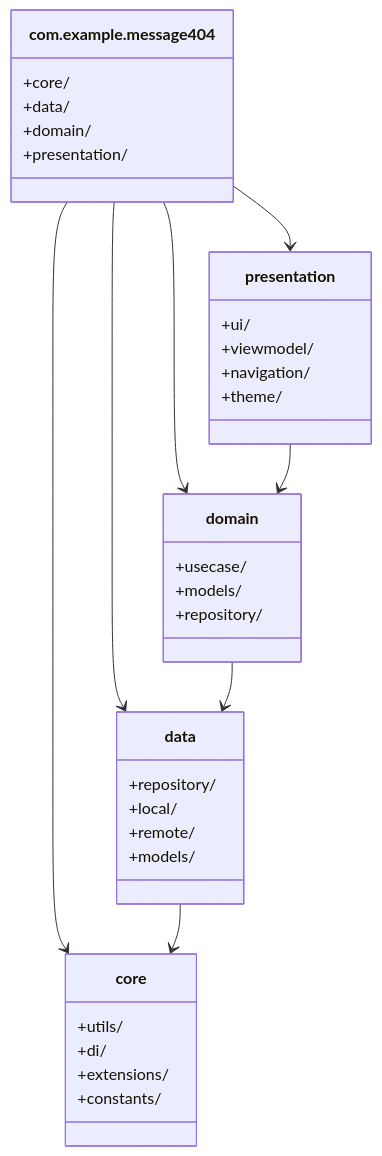
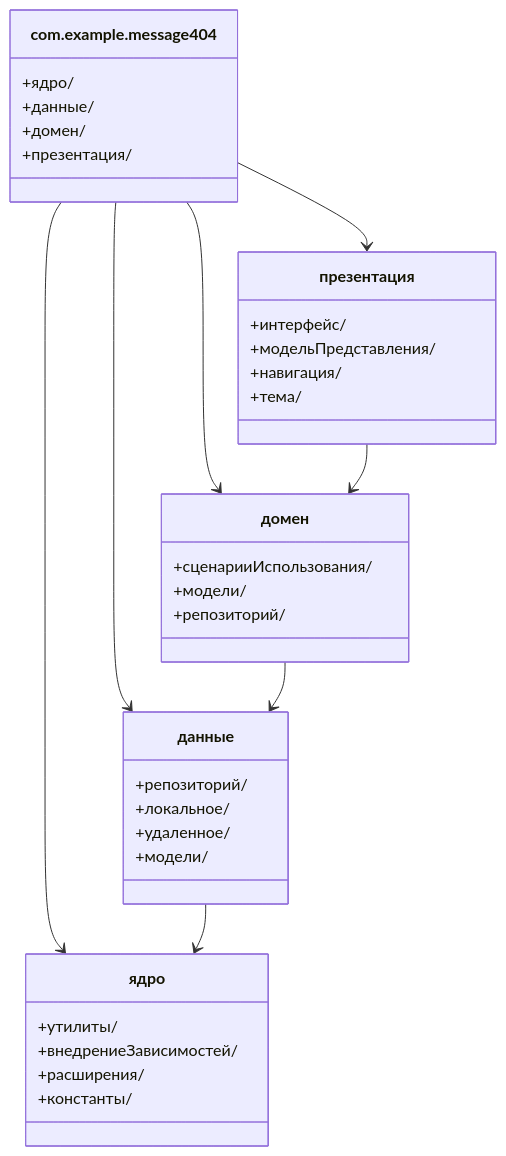
Before and after one commit to Angel-Energy/diplom-: the fifth of 34 diagrams in ALL_DIAGRAMS.md, drawn with Mermaid. The commit also changed other lines of this file and 7 other files, not shown here.

Commit message:
feat(diagrams): Fix diagram styles and update statistics

````diff
--- a/ALL_DIAGRAMS.md
+++ b/ALL_DIAGRAMS.md
@@ -121,39 +121,39 @@
 ```mermaid
 classDiagram
     class com.example.message404 {
-        +core/
-        +data/
-        +domain/
-        +presentation/
+        +ядро/
+        +данные/
+        +домен/
+        +презентация/
     }
-    class core {
-        +utils/
-        +di/
-        +extensions/
-        +constants/
+    class ядро {
+        +утилиты/
+        +внедрениеЗависимостей/
+        +расширения/
+        +константы/
     }
-    class data {
-        +repository/
-        +local/
-        +remote/
-        +models/
+    class данные {
+        +репозиторий/
+        +локальное/
+        +удаленное/
+        +модели/
     }
-    class domain {
-        +usecase/
-        +models/
-        +repository/
+    class домен {
+        +сценарииИспользования/
+        +модели/
+        +репозиторий/
     }
-    class presentation {
-        +ui/
-        +viewmodel/
-        +navigation/
-        +theme/
+    class презентация {
+        +интерфейс/
+        +модельПредставления/
+        +навигация/
+        +тема/
     }
-    com.example.message404 --> core
-    com.example.message404 --> data
-    com.example.message404 --> domain
-    com.example.message404 --> presentation
-    data --> core
-    domain --> data
-    presentation --> domain
+    com.example.message404 --> ядро
+    com.example.message404 --> данные
+    com.example.message404 --> домен
+    com.example.message404 --> презентация
+    данные --> ядро
+    домен --> данные
+    презентация --> домен
 ```
````
